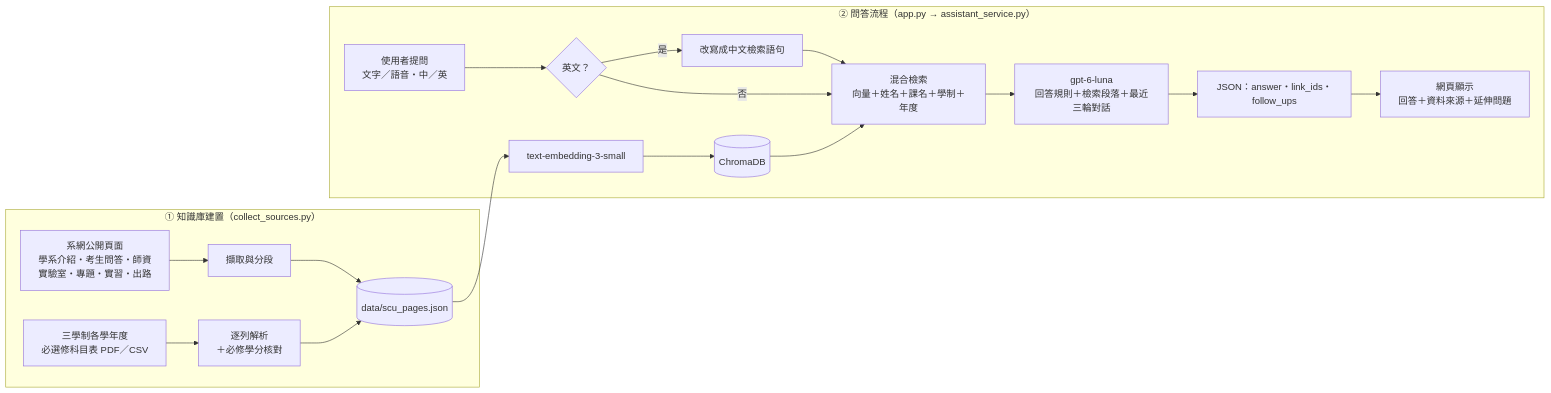
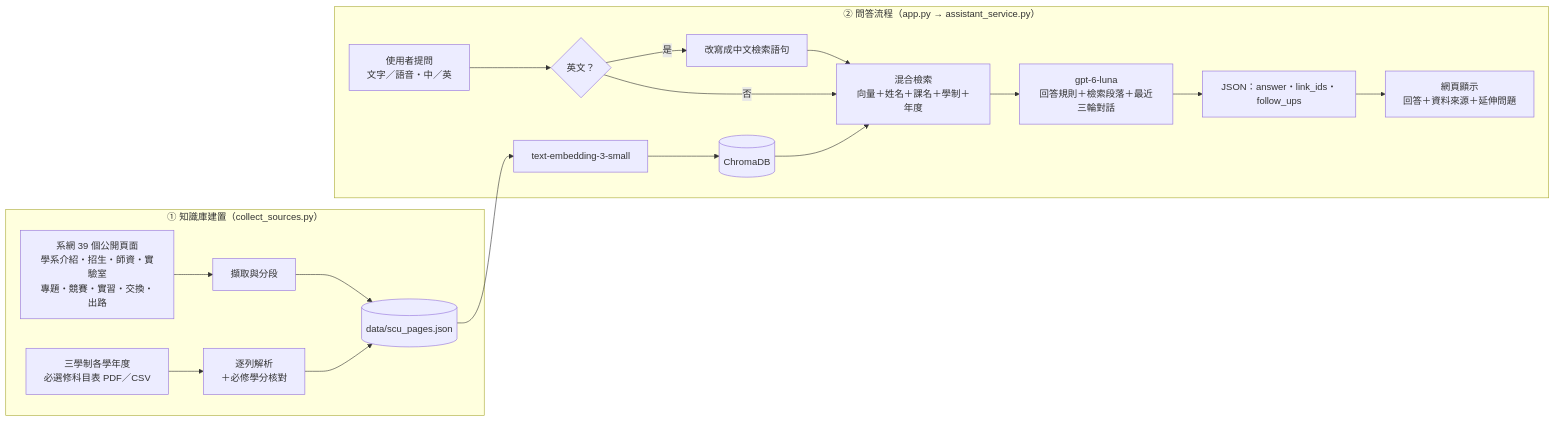
Before and after one commit to wei4211/scu-qa: the diagram in README.md, drawn with Mermaid. The commit also changed other lines of this file and 12 other files, not shown here.

````diff
--- a/README.md
+++ b/README.md
@@ -116,20 +117,20 @@
 ```mermaid
 flowchart LR
     subgraph KB["① 知識庫建置（collect_sources.py）"]
-        A["系網公開頁面<br/>學系介紹・考生問答・師資<br/>實驗室・專題・實習・出路"] --> B["擷取與分段"]
+        A["系網 39 個公開頁面<br/>學系介紹・招生・師資・實驗室<br/>專題・競賽・實習・交換・出路"] --> B["擷取與分段"]
         P["三學制各學年度<br/>必選修科目表 PDF／CSV"] --> Q["逐列解析<br/>＋必修學分核對"]
         B --> C[("data/scu_pages.json")]
         Q --> C
     end
 
     subgraph QA["② 問答流程（app.py → assistant_service.py）"]
         U["使用者提問<br/>文字／語音・中／英"] --> T{"英文？"}
         T -- 是 --> TR["改寫成中文檢索語句"] --> R
         T -- 否 --> R["混合檢索<br/>向量＋姓名＋課名＋學制＋年度"]
         C --> E["text-embedding-3-small"] --> V[("ChromaDB")]
         V --> R
         R --> G["gpt-6-luna<br/>回答規則＋檢索段落＋最近三輪對話"]
         G --> O["JSON：answer・link_ids・follow_ups"]
         O --> W["網頁顯示<br/>回答＋資料來源＋延伸問題"]
     end
 ```
````
